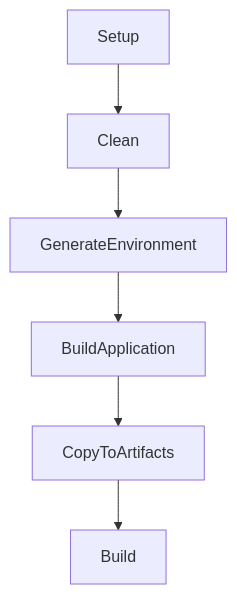
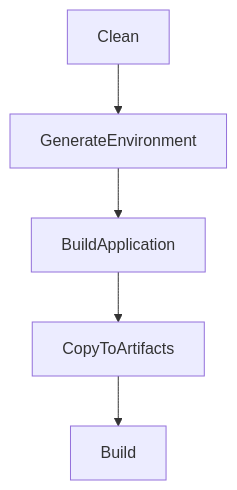
Before and after one commit to The-Running-Dev/Docker-BuildAgent: the third of 4 diagrams in documentation/docs/targets.md, drawn with Mermaid. The commit also changed other lines of this file and 8 other files, not shown here.

````diff
--- a/documentation/docs/targets.md
+++ b/documentation/docs/targets.md
@@ -65,4 +72,4 @@
 ```mermaid
 flowchart TD
-    Setup --> Clean --> GenerateEnvironment --> BuildApplication --> CopyToArtifacts --> Build
+    Clean --> GenerateEnvironment --> BuildApplication --> CopyToArtifacts --> Build
 ```
````
